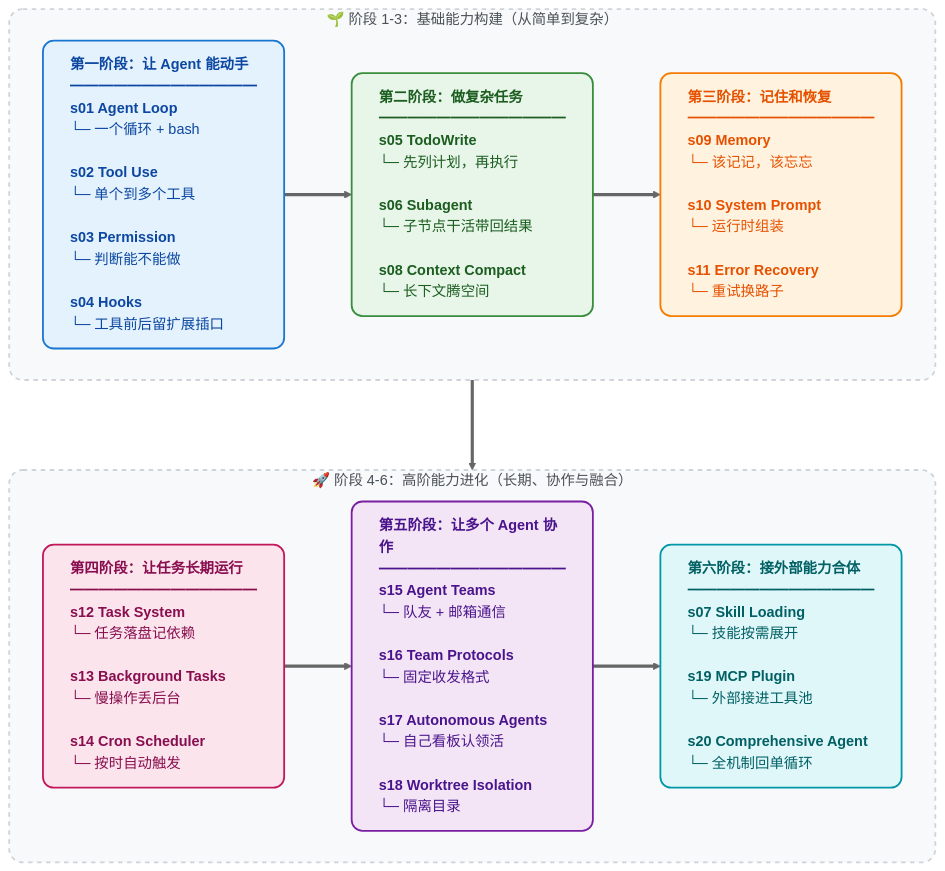
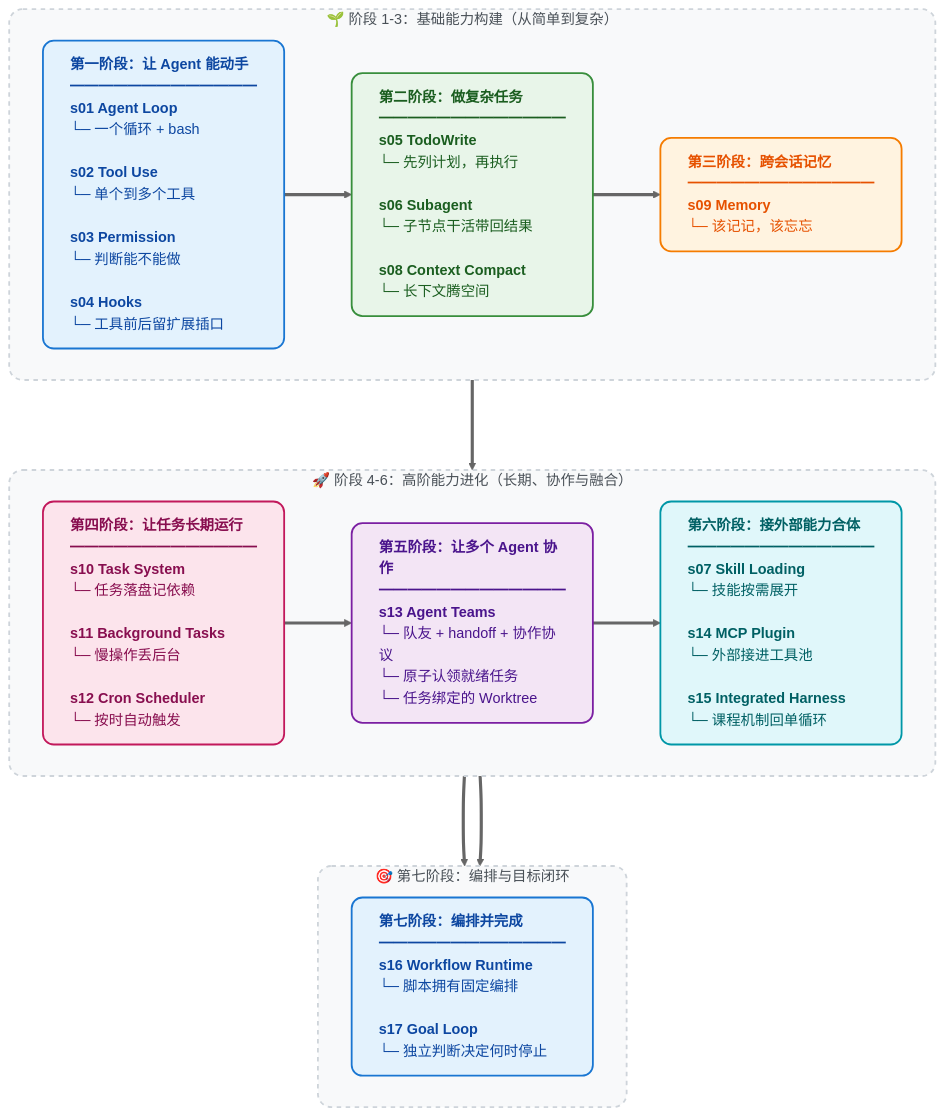
One commit to wangyuxun6699/learn_claude_code_langchain changed the diagram in README.md. Above: the diagram before and after it, drawn with Mermaid (neutral theme). The commit also changed other lines of this file and 20 other files, not shown here.

````diff
--- a/README.md
+++ b/README.md
@@ -252,43 +246,50 @@
 ```mermaid
 flowchart TD
     %% 统一定义卡片样式：加入 text-align:left 保证列表不会居中乱飘
     classDef stage1 fill:#E3F2FD,stroke:#1976D2,stroke-width:2px,color:#0D47A1,rx:12,ry:12,text-align:left
     classDef stage2 fill:#E8F5E9,stroke:#388E3C,stroke-width:2px,color:#1B5E20,rx:12,ry:12,text-align:left
     classDef stage3 fill:#FFF3E0,stroke:#F57C00,stroke-width:2px,color:#E65100,rx:12,ry:12,text-align:left
     classDef stage4 fill:#FCE4EC,stroke:#C2185b,stroke-width:2px,color:#880E4F,rx:12,ry:12,text-align:left
     classDef stage5 fill:#F3E5F5,stroke:#7B1FA2,stroke-width:2px,color:#4A148C,rx:12,ry:12,text-align:left
     classDef stage6 fill:#E0F7FA,stroke:#0097A7,stroke-width:2px,color:#006064,rx:12,ry:12,text-align:left
     
     %% 背景框样式
     classDef groupBox fill:#F8F9FA,stroke:#CED4DA,stroke-width:2px,stroke-dasharray: 5 5,rx:15,ry:15,color:#495057
     
     %% 第一层：1-3阶段
     subgraph Phase1 ["🌱 阶段 1-3：基础能力构建（从简单到复杂）"]
         direction LR
         S1["<b>第一阶段：让 Agent 能动手</b><br/>━━━━━━━━━━━━━<br/><b>s01 Agent Loop</b><br/>└─ 一个循环 + bash<br/><br/><b>s02 Tool Use</b><br/>└─ 单个到多个工具<br/><br/><b>s03 Permission</b><br/>└─ 判断能不能做<br/><br/><b>s04 Hooks</b><br/>└─ 工具前后留扩展插口"]:::stage1
 
         S2["<b>第二阶段：做复杂任务</b><br/>━━━━━━━━━━━━━<br/><b>s05 TodoWrite</b><br/>└─ 先列计划，再执行<br/><br/><b>s06 Subagent</b><br/>└─ 子节点干活带回结果<br/><br/><b>s08 Context Compact</b><br/>└─ 长下文腾空间"]:::stage2
 
-        S3["<b>第三阶段：记住和恢复</b><br/>━━━━━━━━━━━━━<br/><b>s09 Memory</b><br/>└─ 该记记，该忘忘<br/><br/><b>s10 System Prompt</b><br/>└─ 运行时组装<br/><br/><b>s11 Error Recovery</b><br/>└─ 重试换路子"]:::stage3
+        S3["<b>第三阶段：跨会话记忆</b><br/>━━━━━━━━━━━━━<br/><b>s09 Memory</b><br/>└─ 该记记，该忘忘"]:::stage3
 
         S1 ==> S2 ==> S3
     end
 
     %% 第二层：4-6阶段
     subgraph Phase2 ["🚀 阶段 4-6：高阶能力进化（长期、协作与融合）"]
         direction LR
-        S4["<b>第四阶段：让任务长期运行</b><br/>━━━━━━━━━━━━━<br/><b>s12 Task System</b><br/>└─ 任务落盘记依赖<br/><br/><b>s13 Background Tasks</b><br/>└─ 慢操作丢后台<br/><br/><b>s14 Cron Scheduler</b><br/>└─ 按时自动触发"]:::stage4
+        S4["<b>第四阶段：让任务长期运行</b><br/>━━━━━━━━━━━━━<br/><b>s10 Task System</b><br/>└─ 任务落盘记依赖<br/><br/><b>s11 Background Tasks</b><br/>└─ 慢操作丢后台<br/><br/><b>s12 Cron Scheduler</b><br/>└─ 按时自动触发"]:::stage4
 
-        S5["<b>第五阶段：让多个 Agent 协作</b><br/>━━━━━━━━━━━━━<br/><b>s15 Agent Teams</b><br/>└─ 队友 + 邮箱通信<br/><br/><b>s16 Team Protocols</b><br/>└─ 固定收发格式<br/><br/><b>s17 Autonomous Agents</b><br/>└─ 自己看板认领活<br/><br/><b>s18 Worktree Isolation</b><br/>└─ 隔离目录"]:::stage5
+        S5["<b>第五阶段：让多个 Agent 协作</b><br/>━━━━━━━━━━━━━<br/><b>s13 Agent Teams</b><br/>└─ 队友 + handoff + 协作协议<br/>└─ 原子认领就绪任务<br/>└─ 任务绑定的 Worktree"]:::stage5
 
-        S6["<b>第六阶段：接外部能力合体</b><br/>━━━━━━━━━━━━━<br/><b>s07 Skill Loading</b><br/>└─ 技能按需展开<br/><br/><b>s19 MCP Plugin</b><br/>└─ 外部接进工具池<br/><br/><b>s20 Comprehensive Agent</b><br/>└─ 全机制回单循环"]:::stage6
+        S6["<b>第六阶段：接外部能力合体</b><br/>━━━━━━━━━━━━━<br/><b>s07 Skill Loading</b><br/>└─ 技能按需展开<br/><br/><b>s14 MCP Plugin</b><br/>└─ 外部接进工具池<br/><br/><b>s15 Integrated Harness</b><br/>└─ 课程机制回单循环"]:::stage6
 
         S4 ==> S5 ==> S6
     end
 
-    %% 将两个模块连接起来，形成 Z 字形阅读流
-    Phase1 ===> Phase2
+    %% 第三层：第七阶段
+    subgraph Phase3 ["🎯 第七阶段：编排与目标闭环"]
+        direction LR
+        S7["<b>第七阶段：编排并完成</b><br/>━━━━━━━━━━━━━<br/><b>s16 Workflow Runtime</b><br/>└─ 脚本拥有固定编排<br/><br/><b>s17 Goal Loop</b><br/>└─ 独立判断决定何时停止"]:::stage1
+        S6 ==> S7
+    end
+
+    %% 将三个模块连接起来，形成 Z 字形阅读流
+    Phase1 ===> Phase2 ===> Phase3
 
     %% 应用背景样式
-    class Phase1,Phase2 groupBox
+    class Phase1,Phase2,Phase3 groupBox
 ```
````
